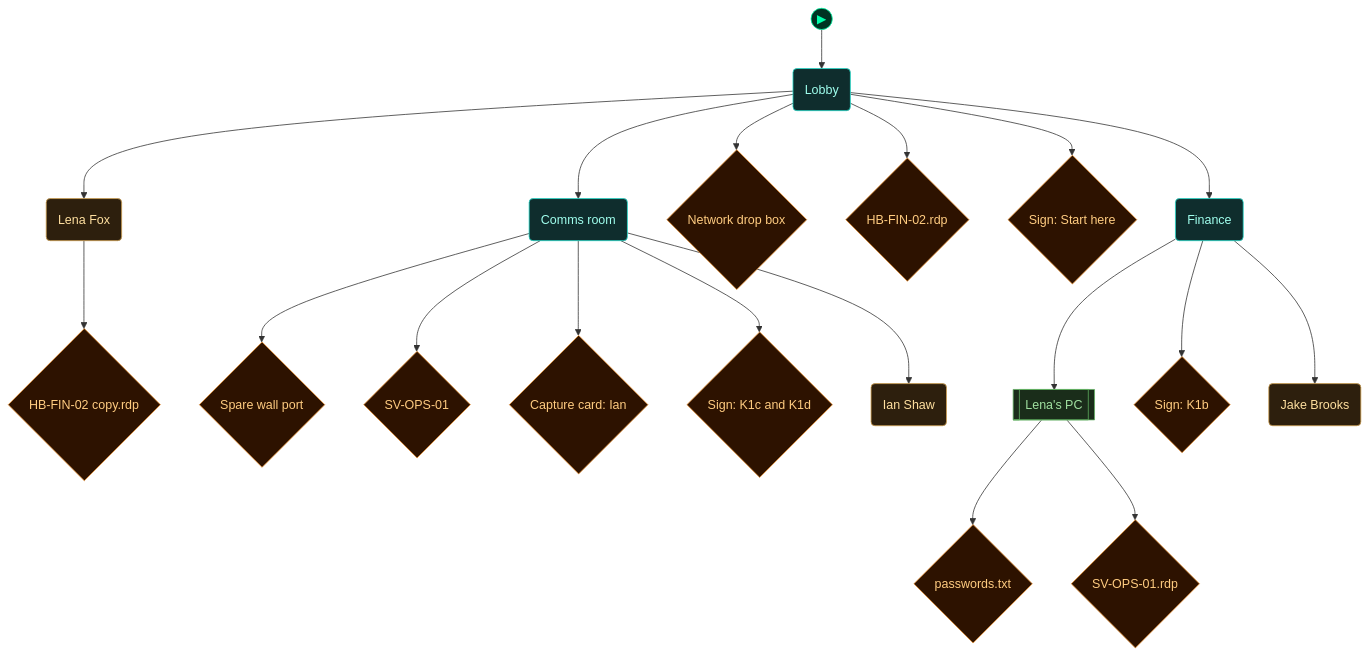
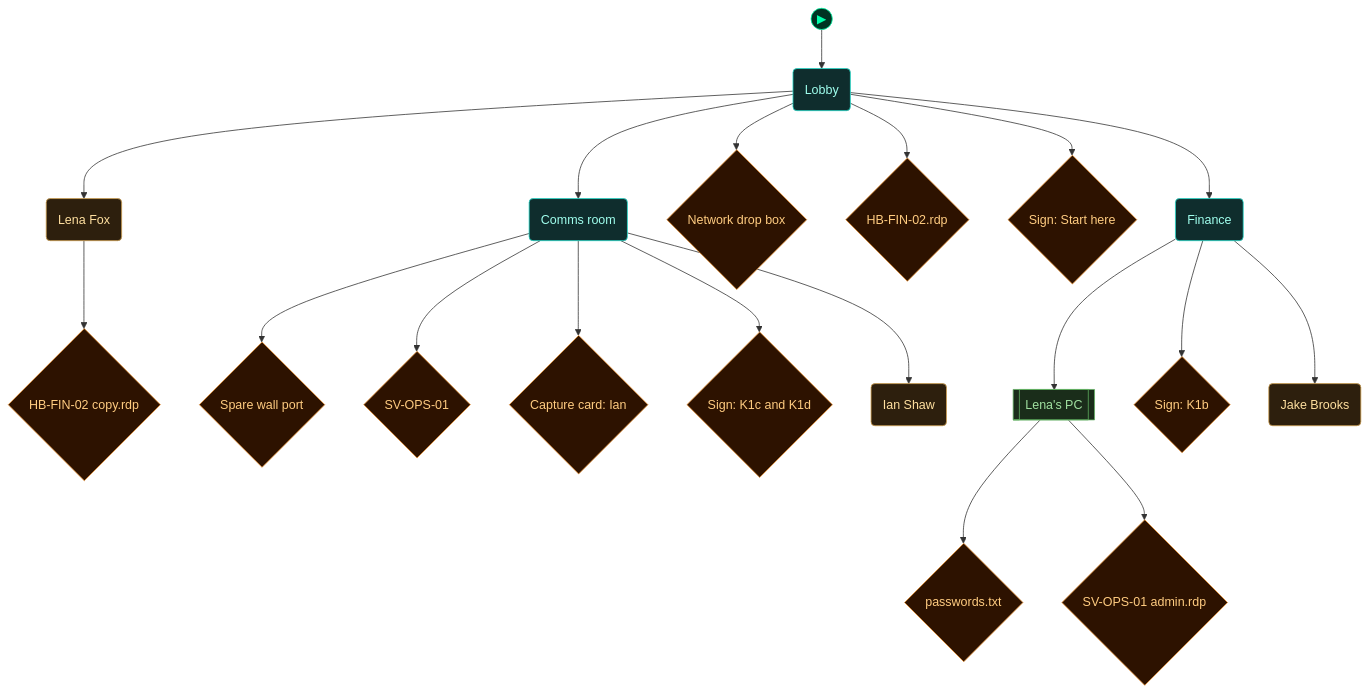
The fifth of 5 diagrams in scenarios/test_access_keyring/dungeon_graph.md (cliffe/BreakEscape), drawn with Mermaid before and after one commit. The commit also changed other lines of this file and 8 other files, not shown here.

````diff
--- a/scenarios/test_access_keyring/dungeon_graph.md
+++ b/scenarios/test_access_keyring/dungeon_graph.md
@@ -296,64 +296,64 @@
 ```mermaid
 flowchart TD
 
   classDef room      fill:#0f2d2d,stroke:#22ddcc,color:#a0ffee
   classDef lock      fill:#2d0f0f,stroke:#e66060,color:#ffa0a0
   classDef key       fill:#2d0812,stroke:#e66060,color:#ffa0a0
   classDef item      fill:#2d1200,stroke:#e89030,color:#ffcc80
   classDef gate      fill:#111,stroke:#666,color:#eee
   classDef vm        fill:#0c1f40,stroke:#4a90d9,color:#a0c8ff
   classDef flag      fill:#1a0c2d,stroke:#9060d0,color:#cc99ff
   classDef action    fill:#1a1200,stroke:#cc9922,color:#ffee88
   classDef aim       fill:#0d2a0d,stroke:#44cc44,color:#88ff88
   classDef aim_gate  fill:#111111,stroke:#44cc44,color:#44cc44
   classDef container fill:#1a2d1a,stroke:#60b060,color:#a0e0a0
   classDef npc       fill:#2d1f0d,stroke:#d0a050,color:#ffe0a0
   classDef critical  fill:#2a1500,stroke:#ffaa00,color:#ffdd88
   classDef start     fill:#003322,stroke:#00ffaa,color:#00ffaa
 
   node_start(("▶"))
   node_start --> lobby
 
   lobby("Lobby")
   comms_room("Comms room")
   finance_room("Finance")
   rc_kit_dropbox_1{"Network drop box"}
   rc_lena_rdp_file_2{"HB-FIN-02.rdp"}
   rc_sign_lobby_3{"Sign: Start here"}
   rc_npc_lena_fox_4("Lena Fox")
   rc_lena_rdp_gift_5{"HB-FIN-02 copy.rdp"}
   rc_comms_port_6{"Spare wall port"}
   rc_ops_pc_7{"SV-OPS-01"}
   rc_capture_note_ian_8{"Capture card: Ian"}
   rc_sign_comms_9{"Sign: K1c and K1d"}
   rc_npc_ian_shaw_10("Ian Shaw")
   rc_lena_pc_11[["Lena's PC"]]
   rc_lena_passwords_txt_12{"passwords.txt"}
-  rc_ops_rdp_file_13{"SV-OPS-01.rdp"}
+  rc_ops_rdp_file_13{"SV-OPS-01 admin.rdp"}
   rc_sign_finance_14{"Sign: K1b"}
   rc_npc_jake_brooks_15("Jake Brooks")
 
   lobby --> comms_room
   lobby --> finance_room
   lobby --> rc_kit_dropbox_1
   lobby --> rc_lena_rdp_file_2
   lobby --> rc_sign_lobby_3
   lobby --> rc_npc_lena_fox_4
   rc_npc_lena_fox_4 --> rc_lena_rdp_gift_5
   comms_room --> rc_comms_port_6
   comms_room --> rc_ops_pc_7
   comms_room --> rc_capture_note_ian_8
   comms_room --> rc_sign_comms_9
   comms_room --> rc_npc_ian_shaw_10
   finance_room --> rc_lena_pc_11
   rc_lena_pc_11 --> rc_lena_passwords_txt_12
   rc_lena_pc_11 --> rc_ops_rdp_file_13
   finance_room --> rc_sign_finance_14
   finance_room --> rc_npc_jake_brooks_15
 
   class lobby,comms_room,finance_room room
   class rc_kit_dropbox_1,rc_lena_rdp_file_2,rc_sign_lobby_3,rc_lena_rdp_gift_5,rc_comms_port_6,rc_ops_pc_7,rc_capture_note_ian_8,rc_sign_comms_9,rc_lena_passwords_txt_12,rc_ops_rdp_file_13,rc_sign_finance_14 item
   class rc_npc_lena_fox_4,rc_npc_ian_shaw_10,rc_npc_jake_brooks_15 npc
   class rc_lena_pc_11 container
   class node_start start
 ```
````
